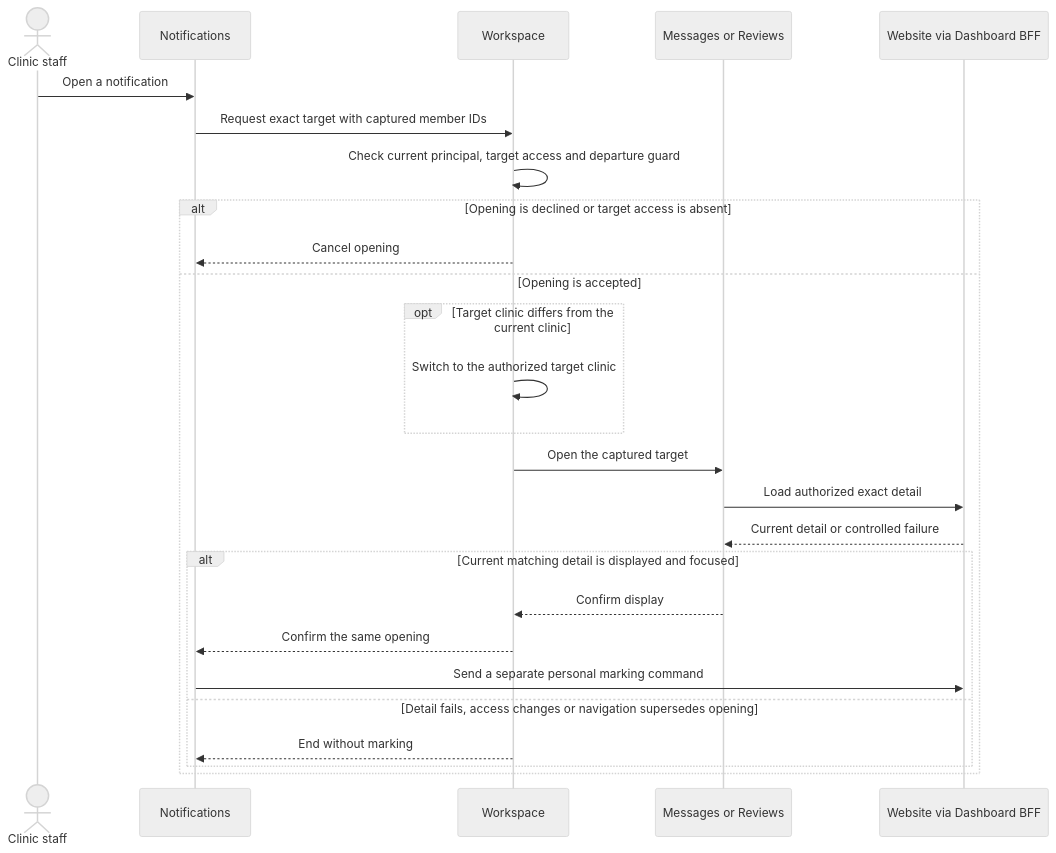
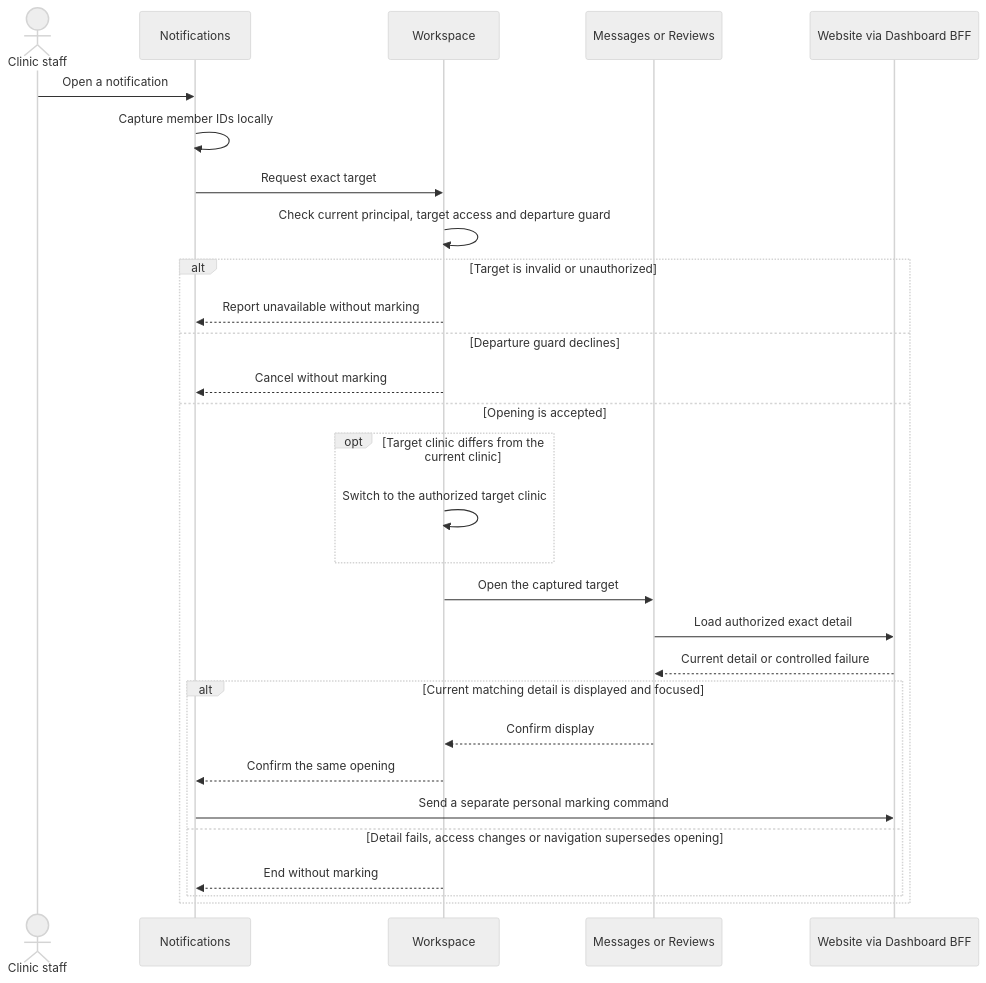
Before and after one commit to findmydoc-platform/clinic-dashboard: the diagram in docs/engineering/notification-frontend-contract.md, drawn with Mermaid (neutral theme). The commit also changed 2 other files, not shown here.

Commit message:
docs: distinguish dashboard auth routes and notification ownership

````diff
--- a/docs/engineering/notification-frontend-contract.md
+++ b/docs/engineering/notification-frontend-contract.md
@@ -44,29 +44,32 @@
 ```mermaid
 sequenceDiagram
     actor Staff as Clinic staff
     participant Feed as Notifications
     participant Workspace as Workspace
     participant Detail as Messages or Reviews
     participant Website as Website via Dashboard BFF
 
     Staff->>Feed: Open a notification
-    Feed->>Workspace: Request exact target with captured member IDs
+    Feed->>Feed: Capture member IDs locally
+    Feed->>Workspace: Request exact target
     Workspace->>Workspace: Check current principal, target access and departure guard
-    alt Opening is declined or target access is absent
-        Workspace-->>Feed: Cancel opening
+    alt Target is invalid or unauthorized
+        Workspace-->>Feed: Report unavailable without marking
+    else Departure guard declines
+        Workspace-->>Feed: Cancel without marking
     else Opening is accepted
         opt Target clinic differs from the current clinic
             Workspace->>Workspace: Switch to the authorized target clinic
         end
         Workspace->>Detail: Open the captured target
         Detail->>Website: Load authorized exact detail
         Website-->>Detail: Current detail or controlled failure
         alt Current matching detail is displayed and focused
             Detail-->>Workspace: Confirm display
             Workspace-->>Feed: Confirm the same opening
             Feed->>Website: Send a separate personal marking command
         else Detail fails, access changes or navigation supersedes opening
             Workspace-->>Feed: End without marking
         end
     end
 ```
````
